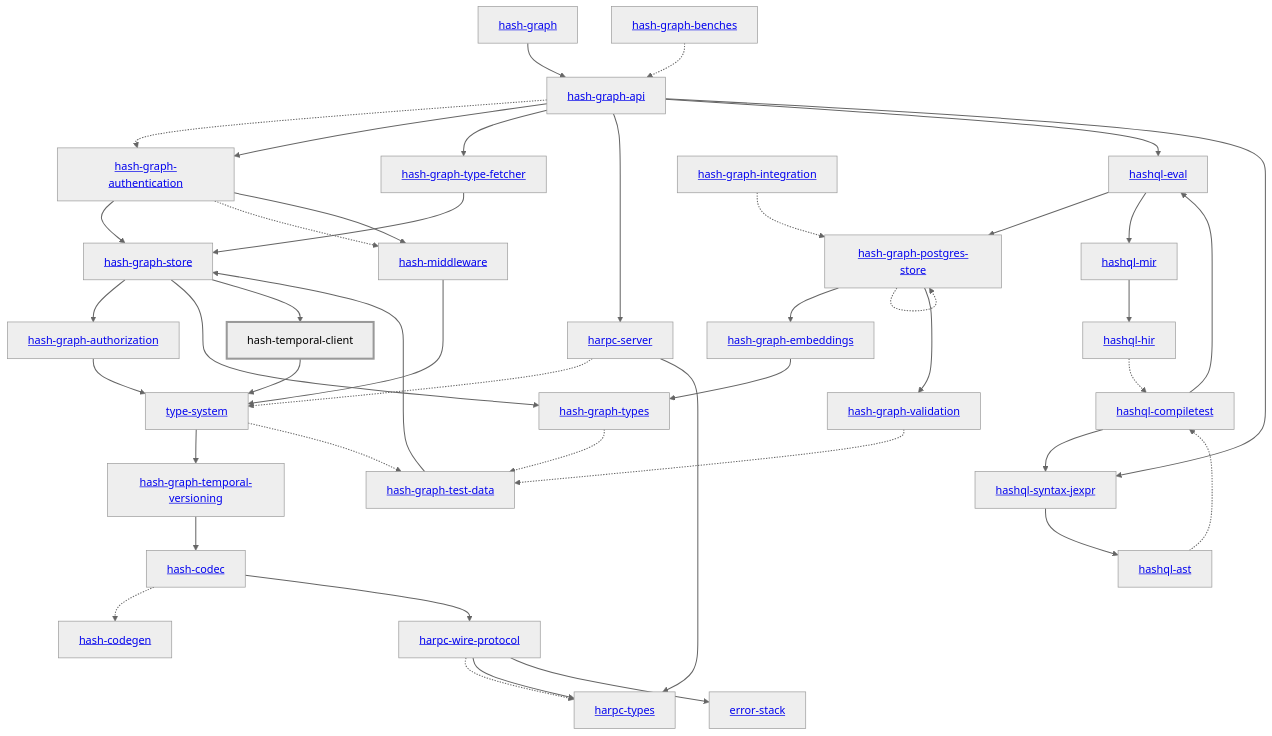
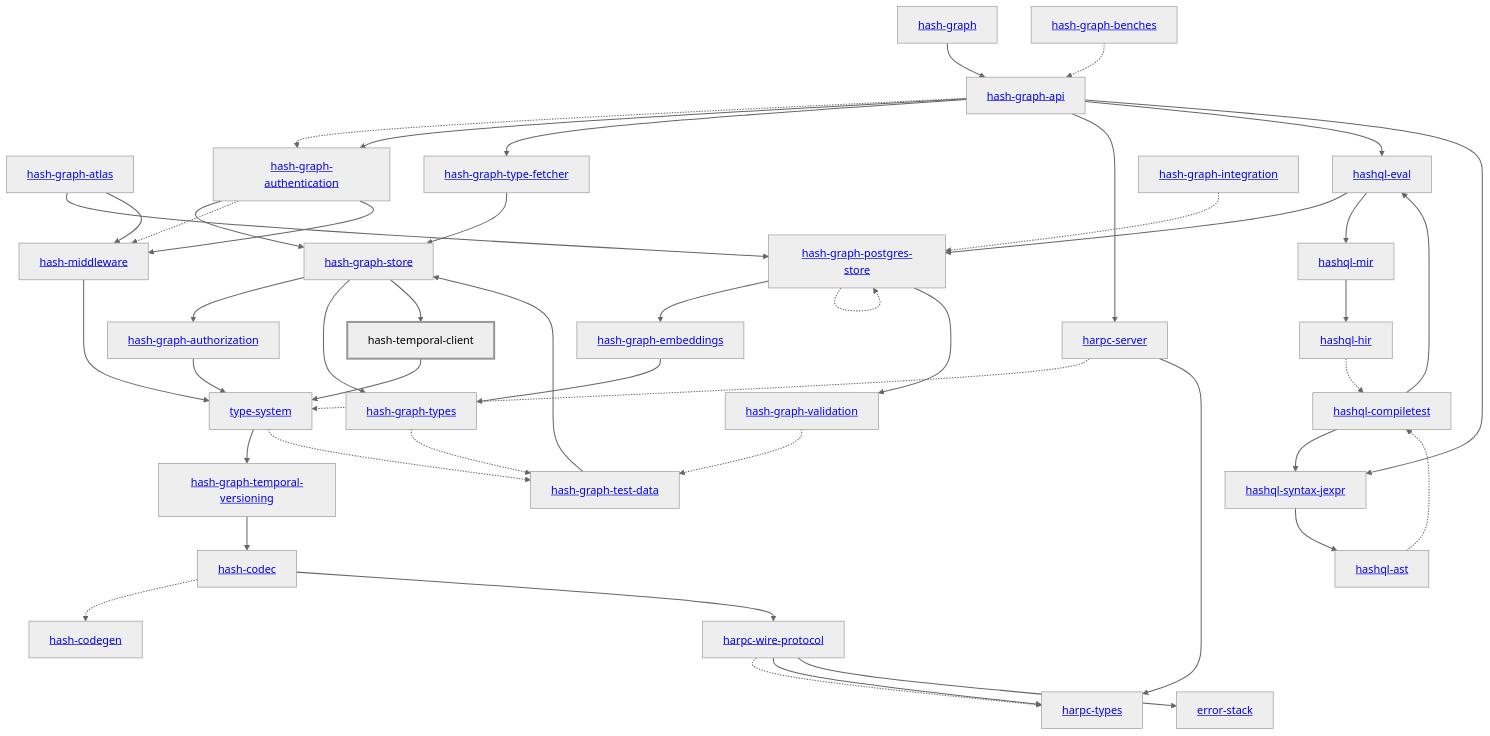
The diagram in libs/@local/temporal-client/docs/dependency-diagram.mmd (hashintel/hash), drawn with Mermaid (neutral theme) before and after one commit. The commit also changed 647 other files, not shown here.

Commit message:
BE-782: Fit 2D semantic maps over graph entities and serve them as tiles (#9305)

```diff
--- a/libs/@local/temporal-client/docs/dependency-diagram.mmd
+++ b/libs/@local/temporal-client/docs/dependency-diagram.mmd
@@ -1,84 +1,87 @@
 graph TD
     linkStyle default stroke-width:1.5px
     classDef default stroke-width:1px
     classDef root stroke-width:3px
     classDef dev stroke-width:1px
     classDef build stroke-width:1px
     %% Legend
     %% --> : Normal dependency
     %% -.-> : Dev dependency
     %% ---> : Build dependency
     0[<a href="../hash_graph/index.html">hash-graph</a>]
     1[<a href="../type_system/index.html">type-system</a>]
     2[<a href="../hash_codec/index.html">hash-codec</a>]
     3[<a href="../hash_codegen/index.html">hash-codegen</a>]
     4[<a href="../hash_graph_api/index.html">hash-graph-api</a>]
-    5[<a href="../hash_graph_authentication/index.html">hash-graph-authentication</a>]
-    6[<a href="../hash_graph_authorization/index.html">hash-graph-authorization</a>]
-    7[<a href="../hash_graph_embeddings/index.html">hash-graph-embeddings</a>]
-    8[<a href="../hash_graph_postgres_store/index.html">hash-graph-postgres-store</a>]
-    9[<a href="../hash_graph_store/index.html">hash-graph-store</a>]
-    10[<a href="../hash_graph_temporal_versioning/index.html">hash-graph-temporal-versioning</a>]
-    11[<a href="../hash_graph_type_fetcher/index.html">hash-graph-type-fetcher</a>]
-    12[<a href="../hash_graph_types/index.html">hash-graph-types</a>]
-    13[<a href="../hash_graph_validation/index.html">hash-graph-validation</a>]
-    14[<a href="../harpc_server/index.html">harpc-server</a>]
-    15[<a href="../harpc_types/index.html">harpc-types</a>]
-    16[<a href="../harpc_wire_protocol/index.html">harpc-wire-protocol</a>]
-    17[<a href="../hashql_ast/index.html">hashql-ast</a>]
-    18[<a href="../hashql_compiletest/index.html">hashql-compiletest</a>]
-    19[<a href="../hashql_eval/index.html">hashql-eval</a>]
-    20[<a href="../hashql_hir/index.html">hashql-hir</a>]
-    21[<a href="../hashql_mir/index.html">hashql-mir</a>]
-    22[<a href="../hashql_syntax_jexpr/index.html">hashql-syntax-jexpr</a>]
-    23[<a href="../hash_middleware/index.html">hash-middleware</a>]
-    24[hash-temporal-client]
-    class 24 root
-    25[<a href="../error_stack/index.html">error-stack</a>]
-    26[<a href="../hash_graph_benches/index.html">hash-graph-benches</a>]
-    27[<a href="../hash_graph_integration/index.html">hash-graph-integration</a>]
-    28[<a href="../hash_graph_test_data/index.html">hash-graph-test-data</a>]
+    5[<a href="../hash_graph_atlas/index.html">hash-graph-atlas</a>]
+    6[<a href="../hash_graph_authentication/index.html">hash-graph-authentication</a>]
+    7[<a href="../hash_graph_authorization/index.html">hash-graph-authorization</a>]
+    8[<a href="../hash_graph_embeddings/index.html">hash-graph-embeddings</a>]
+    9[<a href="../hash_graph_postgres_store/index.html">hash-graph-postgres-store</a>]
+    10[<a href="../hash_graph_store/index.html">hash-graph-store</a>]
+    11[<a href="../hash_graph_temporal_versioning/index.html">hash-graph-temporal-versioning</a>]
+    12[<a href="../hash_graph_type_fetcher/index.html">hash-graph-type-fetcher</a>]
+    13[<a href="../hash_graph_types/index.html">hash-graph-types</a>]
+    14[<a href="../hash_graph_validation/index.html">hash-graph-validation</a>]
+    15[<a href="../harpc_server/index.html">harpc-server</a>]
+    16[<a href="../harpc_types/index.html">harpc-types</a>]
+    17[<a href="../harpc_wire_protocol/index.html">harpc-wire-protocol</a>]
+    18[<a href="../hashql_ast/index.html">hashql-ast</a>]
+    19[<a href="../hashql_compiletest/index.html">hashql-compiletest</a>]
+    20[<a href="../hashql_eval/index.html">hashql-eval</a>]
+    21[<a href="../hashql_hir/index.html">hashql-hir</a>]
+    22[<a href="../hashql_mir/index.html">hashql-mir</a>]
+    23[<a href="../hashql_syntax_jexpr/index.html">hashql-syntax-jexpr</a>]
+    24[<a href="../hash_middleware/index.html">hash-middleware</a>]
+    25[hash-temporal-client]
+    class 25 root
+    26[<a href="../error_stack/index.html">error-stack</a>]
+    27[<a href="../hash_graph_benches/index.html">hash-graph-benches</a>]
+    28[<a href="../hash_graph_integration/index.html">hash-graph-integration</a>]
+    29[<a href="../hash_graph_test_data/index.html">hash-graph-test-data</a>]
     0 --> 4
-    1 --> 10
-    1 -.-> 28
+    1 --> 11
+    1 -.-> 29
     2 -.-> 3
-    2 --> 16
-    4 -.-> 5
-    4 --> 5
-    4 --> 11
-    4 --> 14
-    4 --> 19
-    4 --> 22
+    2 --> 17
+    4 -.-> 6
+    4 --> 6
+    4 --> 12
+    4 --> 15
+    4 --> 20
+    4 --> 23
     5 --> 9
-    5 -.-> 23
-    5 --> 23
-    6 --> 1
-    7 --> 12
-    8 --> 7
-    8 -.-> 8
+    5 --> 24
+    6 --> 10
+    6 -.-> 24
+    6 --> 24
+    7 --> 1
     8 --> 13
-    9 --> 6
-    9 --> 12
-    9 --> 24
-    10 --> 2
-    11 --> 9
-    12 -.-> 28
-    13 -.-> 28
-    14 -.-> 1
-    14 --> 15
-    16 -.-> 15
-    16 --> 15
-    16 --> 25
-    17 -.-> 18
-    18 --> 19
-    18 --> 22
-    19 --> 8
-    19 --> 21
-    20 -.-> 18
-    21 --> 20
-    22 --> 17
-    23 --> 1
+    9 --> 8
+    9 -.-> 9
+    9 --> 14
+    10 --> 7
+    10 --> 13
+    10 --> 25
+    11 --> 2
+    12 --> 10
+    13 -.-> 29
+    14 -.-> 29
+    15 -.-> 1
+    15 --> 16
+    17 -.-> 16
+    17 --> 16
+    17 --> 26
+    18 -.-> 19
+    19 --> 20
+    19 --> 23
+    20 --> 9
+    20 --> 22
+    21 -.-> 19
+    22 --> 21
+    23 --> 18
     24 --> 1
-    26 -.-> 4
-    27 -.-> 8
-    28 --> 9
+    25 --> 1
+    27 -.-> 4
+    28 -.-> 9
+    29 --> 10
```
